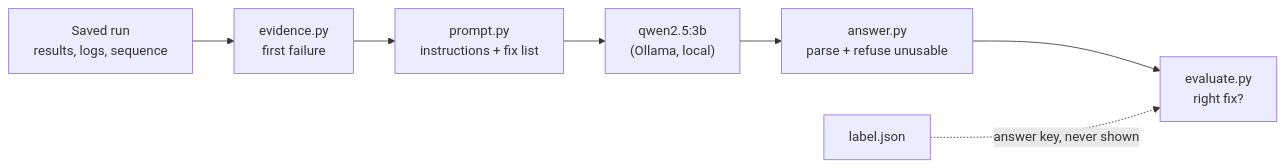
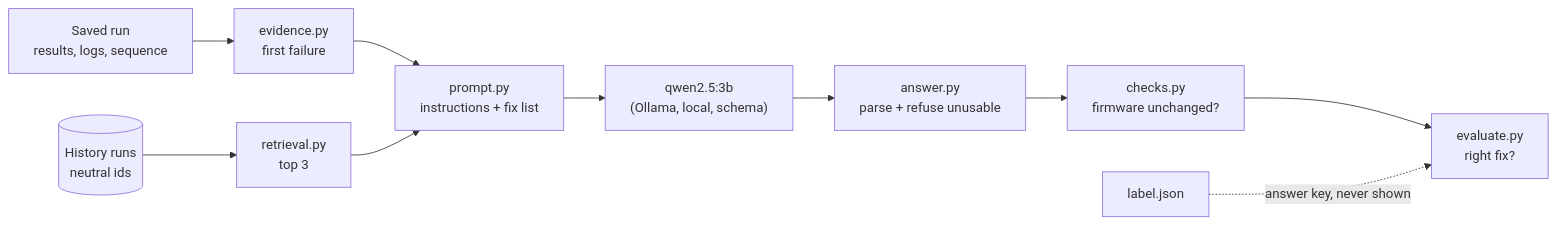
One commit to kaustubhagarwal18/virtual-rf-testbench changed the diagram in triage/results/baseline.md. Above: the diagram before and after it, drawn with Mermaid. The commit also changed other lines of this file and 10 other files, not shown here.

First line of the commit message:
docs: re-measure triage, add ADRs 0009 to 0011, a changelog and a current roadmap

````diff
--- a/triage/results/baseline.md
+++ b/triage/results/baseline.md
@@ -5,9 +5,12 @@
 ```mermaid
 flowchart LR
     run["Saved run<br/>results, logs, sequence"] --> ev["evidence.py<br/>first failure"]
+    hist[("History runs<br/>neutral ids")] --> ret["retrieval.py<br/>top 3"]
     ev --> pr["prompt.py<br/>instructions + fix list"]
-    pr --> llm["qwen2.5:3b<br/>(Ollama, local)"]
+    ret --> pr
+    pr --> llm["qwen2.5:3b<br/>(Ollama, local, schema)"]
     llm --> an["answer.py<br/>parse + refuse unusable"]
-    an --> score["evaluate.py<br/>right fix?"]
+    an --> chk["checks.py<br/>firmware unchanged?"]
+    chk --> score["evaluate.py<br/>right fix?"]
     label["label.json"] -. answer key, never shown .-> score
 ```
````
